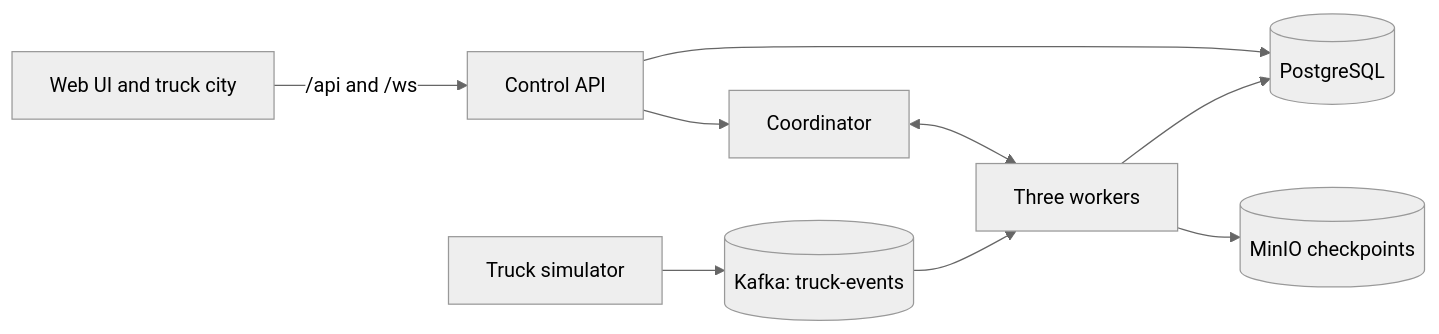
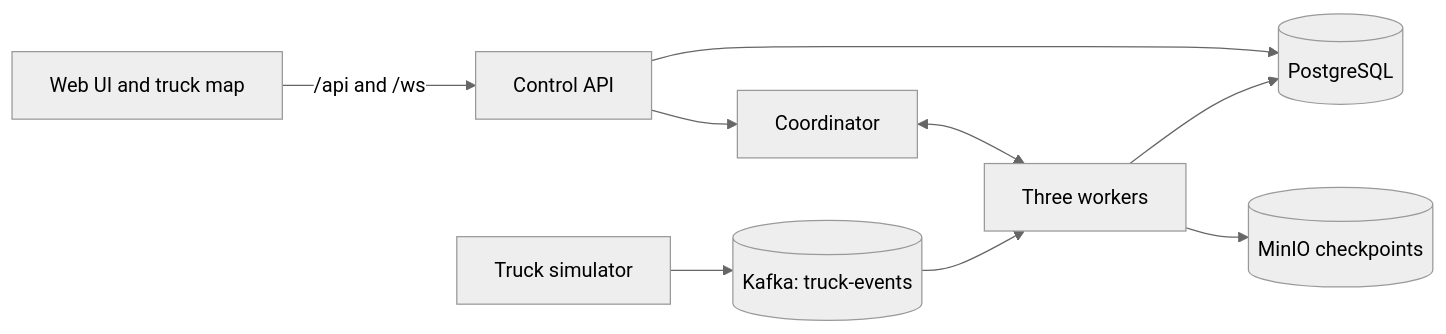
Before and after one commit to VivekTiwary-25/AetherStream: the diagram in README.md, drawn with Mermaid (neutral theme). The commit also changed other lines of this file and 1 other file, not shown here.

````diff
--- a/README.md
+++ b/README.md
@@ -32,11 +19,11 @@
 ```mermaid
 flowchart LR
   Trucks[Truck simulator] --> Kafka[(Kafka: truck-events)]
   Kafka --> Workers[Three workers]
   Coordinator[Coordinator] <--> Workers
   Workers --> Postgres[(PostgreSQL)]
   Workers --> MinIO[(MinIO checkpoints)]
   API[Control API] --> Coordinator
   API --> Postgres
-  Web[Web UI and truck city] -->|/api and /ws| API
+  Web[Web UI and truck map] -->|/api and /ws| API
 ```
````
